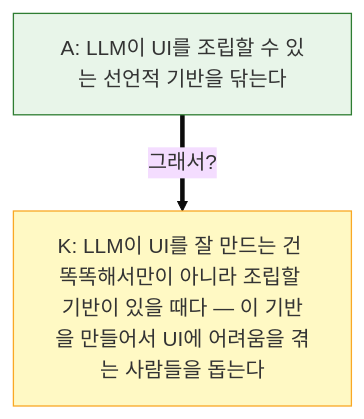
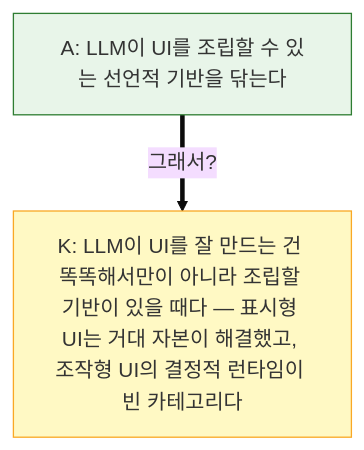
One commit to developer-1px/interactive-os-2 changed the second of 2 diagrams in docs/0-inbox/pyramid-ai-era-project-value.md. Above: the diagram before and after it, drawn with Mermaid (base theme). The commit also changed other lines of this file and 41 other files, not shown here.

````diff
--- a/docs/0-inbox/pyramid-ai-era-project-value.md
+++ b/docs/0-inbox/pyramid-ai-era-project-value.md
@@ -151,8 +156,8 @@
 ```mermaid
 graph TD
     A1["A: LLM이 UI를 조립할 수 있는 선언적 기반을 닦는다"]
-    A1 ==>|"그래서?"| K1["K: LLM이 UI를 잘 만드는 건 똑똑해서만이 아니라 조립할 기반이 있을 때다 — 이 기반을 만들어서 UI에 어려움을 겪는 사람들을 돕는다"]
+    A1 ==>|"그래서?"| K1["K: LLM이 UI를 잘 만드는 건 똑똑해서만이 아니라 조립할 기반이 있을 때다 — 표시형 UI는 거대 자본이 해결했고, 조작형 UI의 결정적 런타임이 빈 카테고리다"]
 
     style A1 fill:#e8f5e9,stroke:#2e7d32
     style K1 fill:#fff9c4,stroke:#f9a825
 ```
````
